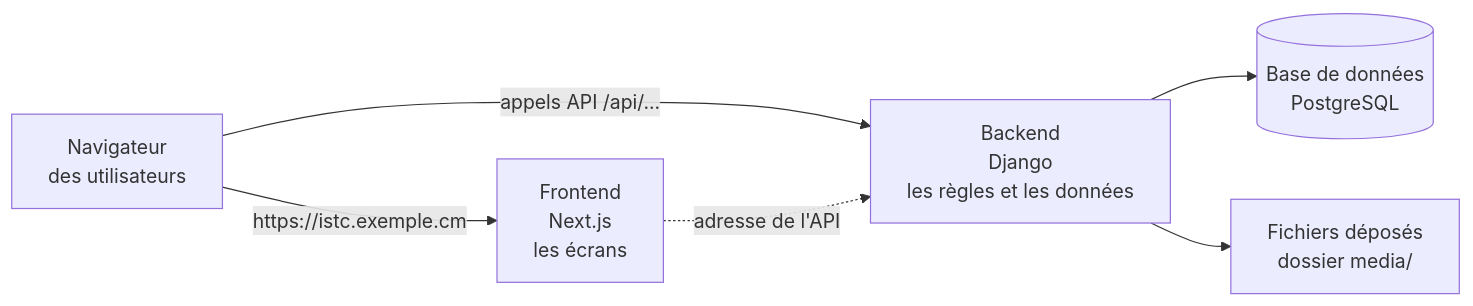
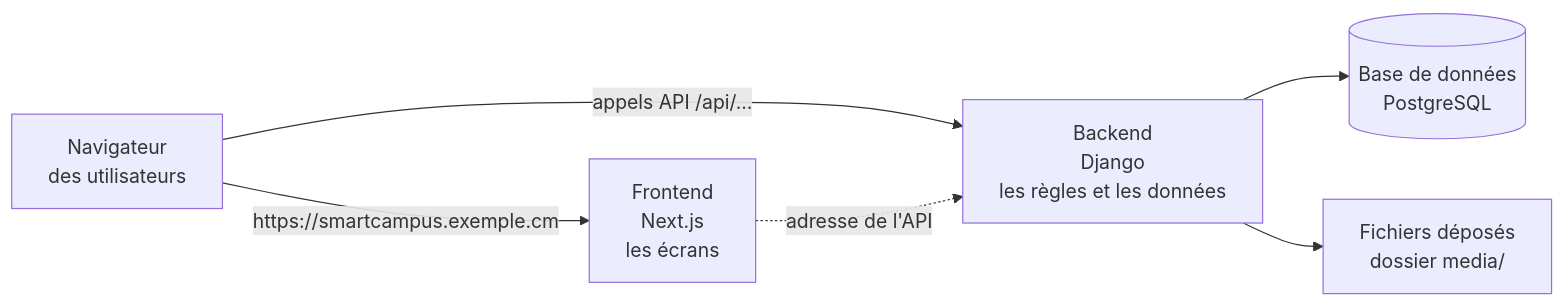
The diagram in docs/installation/index.md (TenTee/istc-projects), drawn with Mermaid before and after one commit. The commit also changed 106 other files, not shown here.

````diff
--- a/docs/installation/index.md
+++ b/docs/installation/index.md
@@ -9,8 +9,8 @@
 ```mermaid
 flowchart LR
-    U[Navigateur<br/>des utilisateurs] -->|https://istc.exemple.cm| F[Frontend<br/>Next.js<br/>les écrans]
+    U[Navigateur<br/>des utilisateurs] -->|https://smartcampus.exemple.cm| F[Frontend<br/>Next.js<br/>les écrans]
     U -->|appels API /api/...| B[Backend<br/>Django<br/>les règles et les données]
     F -. adresse de l'API .-> B
     B --> D[(Base de données<br/>PostgreSQL)]
     B --> M[Fichiers déposés<br/>dossier media/]
 ```
````
